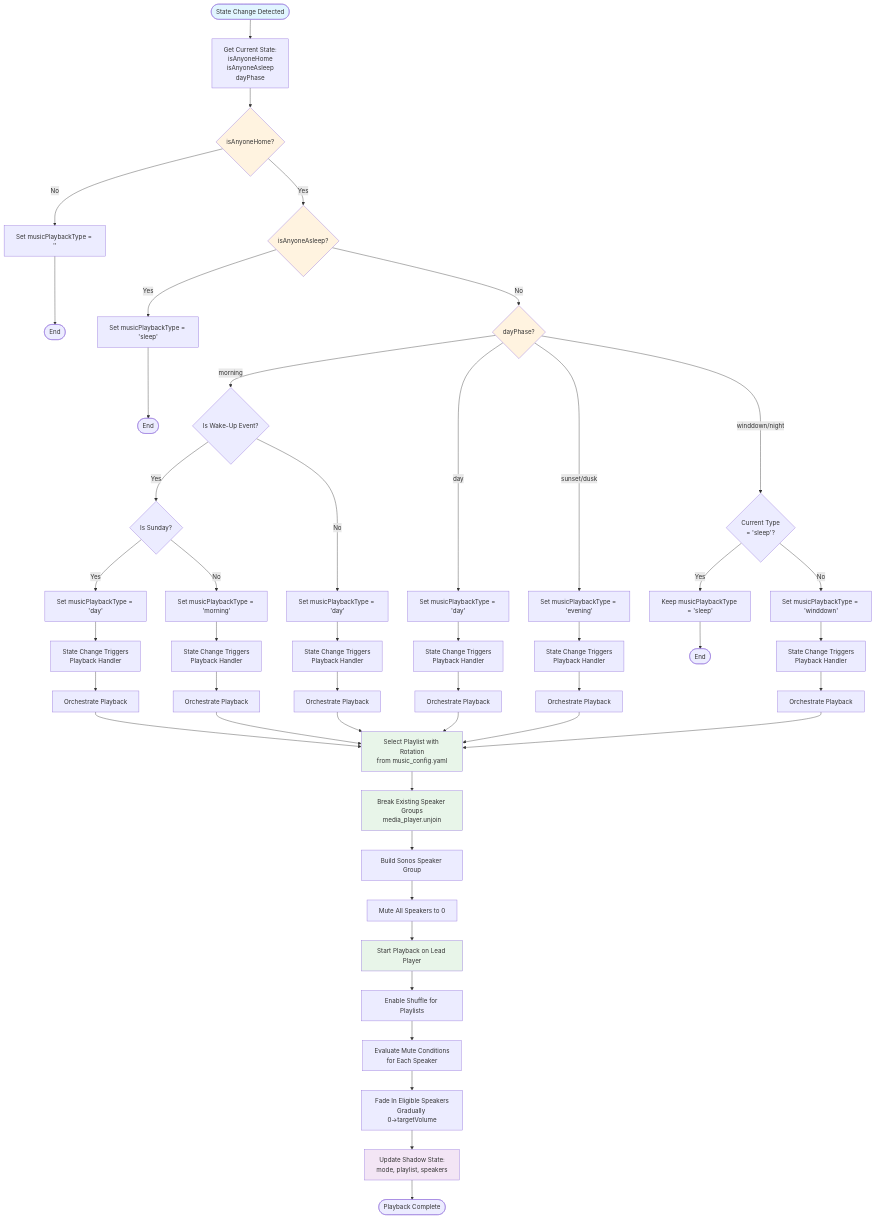
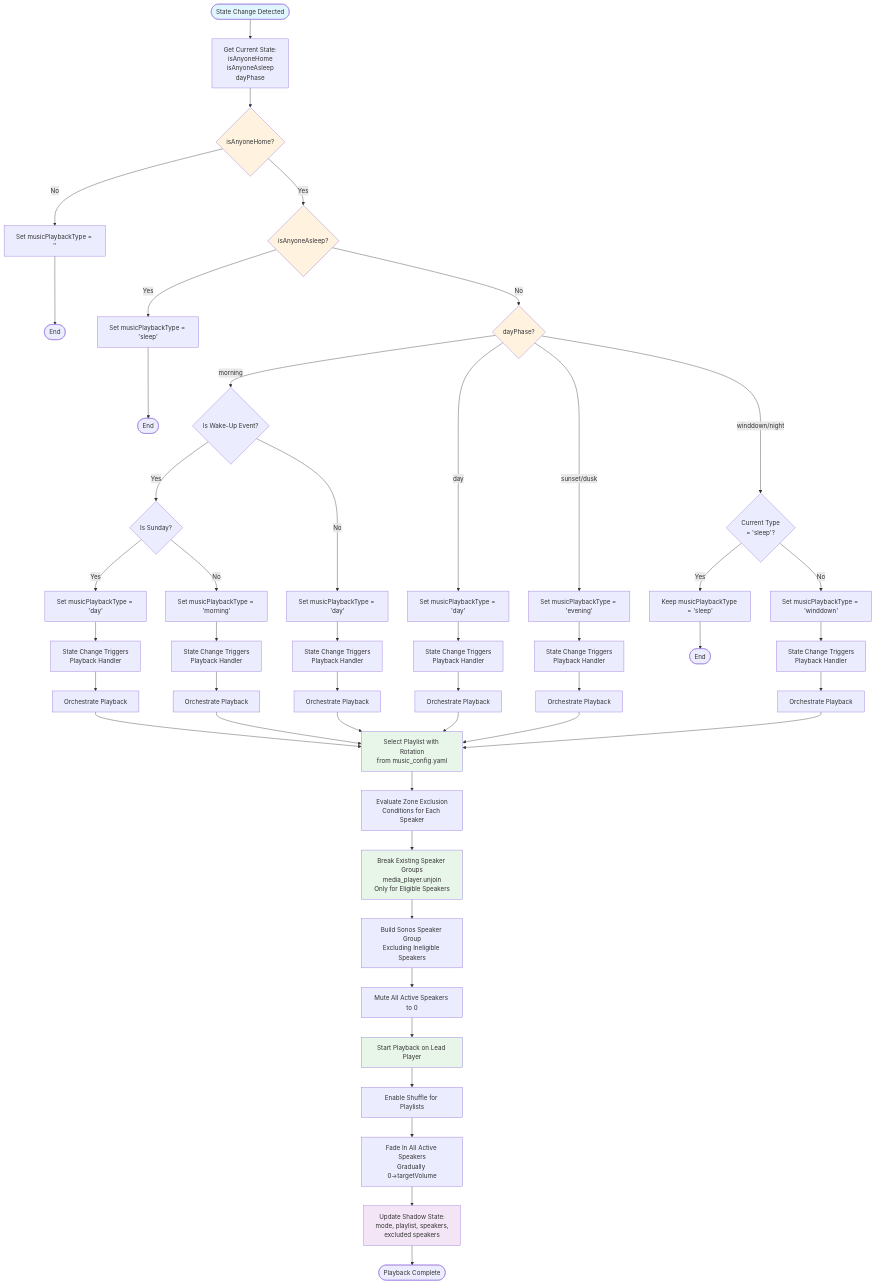
Before and after one commit to NickBorgers/home-automation: diagram 11 of 14 in docs/human/VISUAL_ARCHITECTURE.md, drawn with Mermaid. The commit also changed other lines of this file, not shown here.

First line of the commit message:
docs: Update music flow diagram for zone exclusion policy

````diff
--- a/docs/human/VISUAL_ARCHITECTURE.md
+++ b/docs/human/VISUAL_ARCHITECTURE.md
@@ -621,67 +621,67 @@
 ```mermaid
 flowchart TD
     Start([State Change Detected]) --> GetState[Get Current State:<br/>isAnyoneHome<br/>isAnyoneAsleep<br/>dayPhase]
 
     GetState --> CheckHome{isAnyoneHome?}
     CheckHome -->|No| StopMusic[Set musicPlaybackType = '']
     CheckHome -->|Yes| CheckAsleep{isAnyoneAsleep?}
 
     CheckAsleep -->|Yes| SetSleep[Set musicPlaybackType = 'sleep']
     CheckAsleep -->|No| CheckDayPhase{dayPhase?}
 
     CheckDayPhase -->|morning| CheckWakeUp{Is Wake-Up Event?}
     CheckWakeUp -->|Yes| CheckSunday{Is Sunday?}
     CheckSunday -->|Yes| SetDay1[Set musicPlaybackType = 'day']
     CheckSunday -->|No| SetMorning[Set musicPlaybackType = 'morning']
     CheckWakeUp -->|No| SetDay2[Set musicPlaybackType = 'day']
 
     CheckDayPhase -->|day| SetDay3[Set musicPlaybackType = 'day']
     CheckDayPhase -->|sunset/dusk| SetEvening[Set musicPlaybackType = 'evening']
     CheckDayPhase -->|winddown/night| CheckCurrentSleep{Current Type<br/>= 'sleep'?}
 
     CheckCurrentSleep -->|Yes| KeepSleep[Keep musicPlaybackType = 'sleep']
     CheckCurrentSleep -->|No| SetWinddown[Set musicPlaybackType = 'winddown']
 
     StopMusic --> End1([End])
     SetSleep --> End2([End])
     SetMorning --> TriggerPlayback1
     SetDay1 --> TriggerPlayback2
     SetDay2 --> TriggerPlayback3
     SetDay3 --> TriggerPlayback4
     SetEvening --> TriggerPlayback5
     SetWinddown --> TriggerPlayback6
     KeepSleep --> End3([End])
 
     TriggerPlayback1[State Change Triggers<br/>Playback Handler] --> Orchestrate1
     TriggerPlayback2[State Change Triggers<br/>Playback Handler] --> Orchestrate2
     TriggerPlayback3[State Change Triggers<br/>Playback Handler] --> Orchestrate3
     TriggerPlayback4[State Change Triggers<br/>Playback Handler] --> Orchestrate4
     TriggerPlayback5[State Change Triggers<br/>Playback Handler] --> Orchestrate5
     TriggerPlayback6[State Change Triggers<br/>Playback Handler] --> Orchestrate6
 
     Orchestrate1[Orchestrate Playback] --> SelectPlaylist
     Orchestrate2[Orchestrate Playback] --> SelectPlaylist
     Orchestrate3[Orchestrate Playback] --> SelectPlaylist
     Orchestrate4[Orchestrate Playback] --> SelectPlaylist
     Orchestrate5[Orchestrate Playback] --> SelectPlaylist
     Orchestrate6[Orchestrate Playback] --> SelectPlaylist
 
-    SelectPlaylist[Select Playlist with Rotation<br/>from music_config.yaml] --> BreakGroups[Break Existing Speaker Groups<br/>media_player.unjoin]
-    BreakGroups --> BuildGroup[Build Sonos Speaker Group]
-    BuildGroup --> MuteAll[Mute All Speakers to 0]
+    SelectPlaylist[Select Playlist with Rotation<br/>from music_config.yaml] --> EvalZone[Evaluate Zone Exclusion<br/>Conditions for Each Speaker]
+    EvalZone --> BreakGroups[Break Existing Speaker Groups<br/>media_player.unjoin<br/>Only for Eligible Speakers]
+    BreakGroups --> BuildGroup[Build Sonos Speaker Group<br/>Excluding Ineligible Speakers]
+    BuildGroup --> MuteAll[Mute All Active Speakers to 0]
     MuteAll --> StartPlayback[Start Playback on Lead Player]
     StartPlayback --> EnableShuffle[Enable Shuffle for Playlists]
-    EnableShuffle --> EvalConditions[Evaluate Mute Conditions<br/>for Each Speaker]
-    EvalConditions --> FadeIn[Fade In Eligible Speakers<br/>Gradually 0→targetVolume]
-    FadeIn --> UpdateShadow[Update Shadow State:<br/>mode, playlist, speakers]
+    EnableShuffle --> FadeIn[Fade In All Active Speakers<br/>Gradually 0→targetVolume]
+    FadeIn --> UpdateShadow[Update Shadow State:<br/>mode, playlist, speakers,<br/>excluded speakers]
     UpdateShadow --> Complete([Playback Complete])
 
     style Start fill:#e1f5ff
     style CheckHome fill:#fff3e0
     style CheckAsleep fill:#fff3e0
     style CheckDayPhase fill:#fff3e0
     style SelectPlaylist fill:#e8f5e9
     style BreakGroups fill:#e8f5e9
     style StartPlayback fill:#e8f5e9
     style UpdateShadow fill:#f3e5f5
 ```
````
